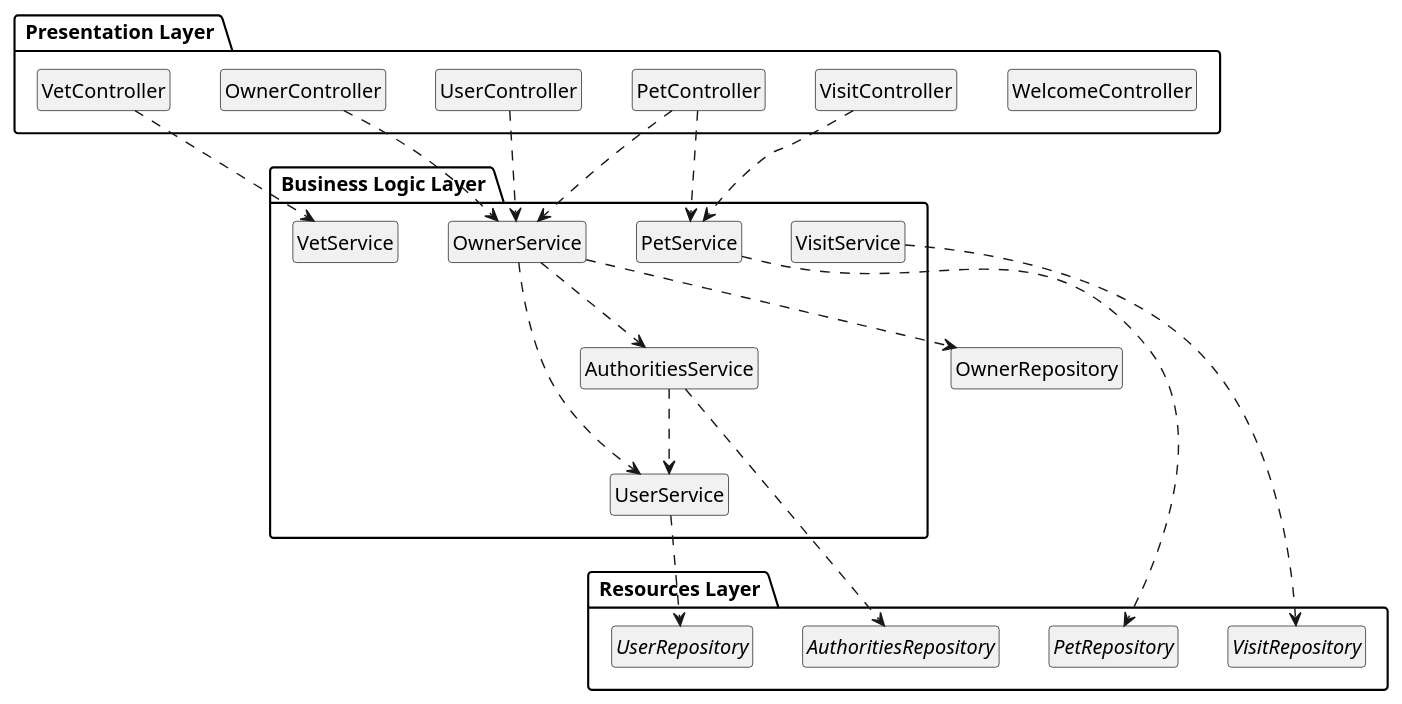
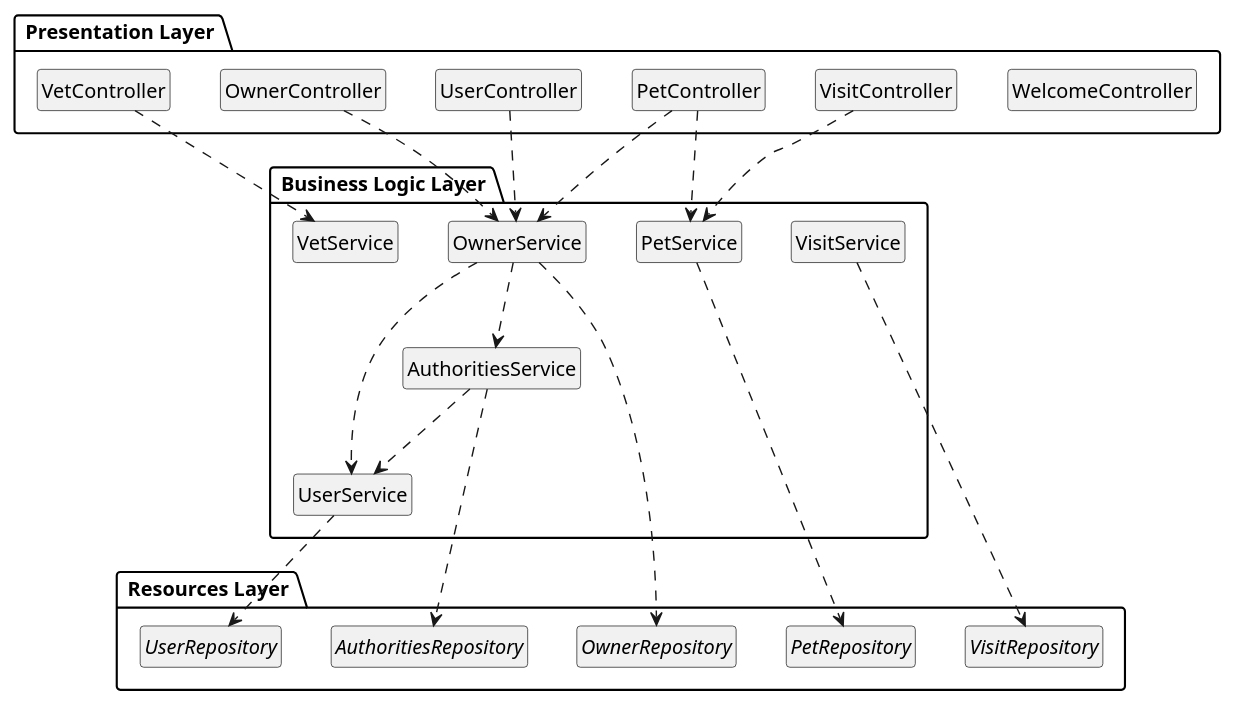
Before and after one commit to gii-is-DP1/react-petclinic: the diagram in docs/diagrams/LayersUMLPackageDiagram.iuml, drawn with PlantUML.

```diff
--- a/docs/diagrams/LayersUMLPackageDiagram.iuml
+++ b/docs/diagrams/LayersUMLPackageDiagram.iuml
@@ -1,49 +1,50 @@
 @startuml
 
 hide circle
 hide members
 
 package " Presentation Layer " as Presentation {
     class WelcomeController
     class UserController
     class OwnerController
     class PetController
     class VisitController
     class VetController
 }
 
 package " Business Logic Layer " as BusinessLogic {
     class AuthoritiesService
     class UserService
     class OwnerService
     class PetService
     class VisitService
     class VetService
 }
 
 package " Resources Layer " as Resources {
     interface AuthoritiesRepository 
     interface UserRepository 
     interface PetRepository
     interface VisitRepository
+    interface OwnerRepository
 }
 
 UserController  ..> OwnerService
 OwnerController ..> OwnerService
 PetController ..> OwnerService
 PetController ..> PetService
 VisitController ..> PetService
 VetController ..> VetService
 
 AuthoritiesService ..> UserService
 OwnerService ..> UserService
 OwnerService ..> AuthoritiesService
 
 OwnerService ..> OwnerRepository
 UserService ..> UserRepository
 AuthoritiesService ..> AuthoritiesRepository
 PetService ..> PetRepository
 VisitService ..> VisitRepository
 
 
 @enduml
```
